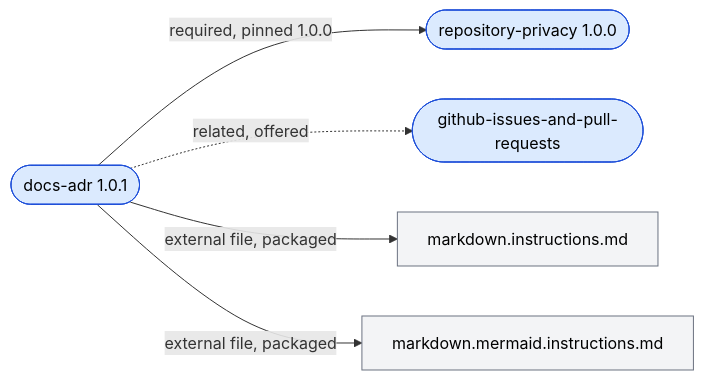
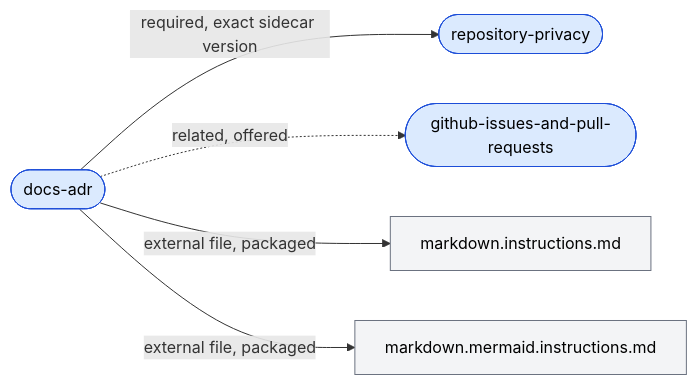
One commit to f2calv/.github changed the first of 7 diagrams in docs/architecture.md. Above: the diagram before and after it, drawn with Mermaid. The commit also changed other lines of this file and 24 other files, not shown here.

````diff
--- a/docs/architecture.md
+++ b/docs/architecture.md
@@ -27,18 +27,18 @@
 ```mermaid
 graph LR
-    adr([docs-adr 1.0.1])
-    privacy([repository-privacy 1.0.0])
+    adr([docs-adr])
+    privacy([repository-privacy])
     issues([github-issues-and-pull-requests])
     md[markdown.instructions.md]
     mermaid[markdown.mermaid.instructions.md]
 
-    adr -- "required, pinned 1.0.0" --> privacy
+    adr -- "required, exact sidecar version" --> privacy
     adr -. "related, offered" .-> issues
     adr -- "external file, packaged" --> md
     adr -- "external file, packaged" --> mermaid
 
     classDef skill fill:#dbeafe,stroke:#1d4ed8,color:#000
     classDef file fill:#f3f4f6,stroke:#6b7280,color:#000
     class adr,privacy,issues skill
     class md,mermaid file
 ```
````
